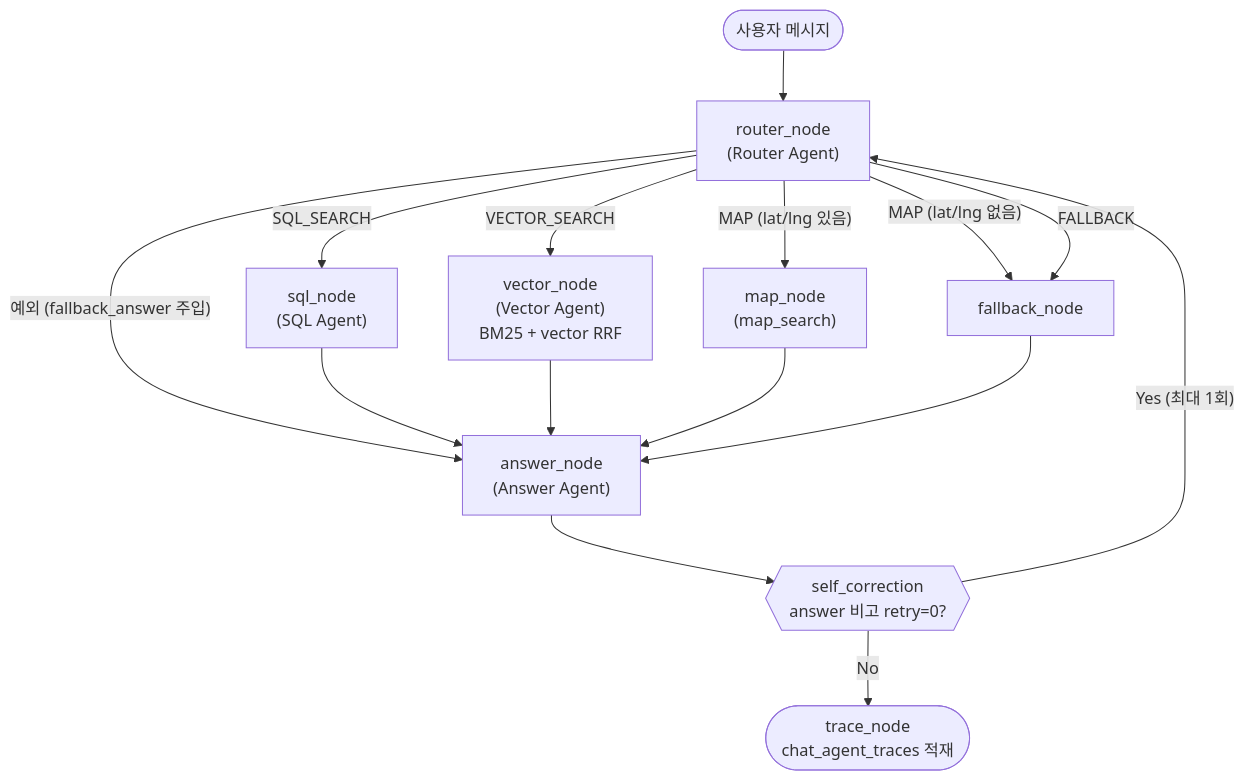
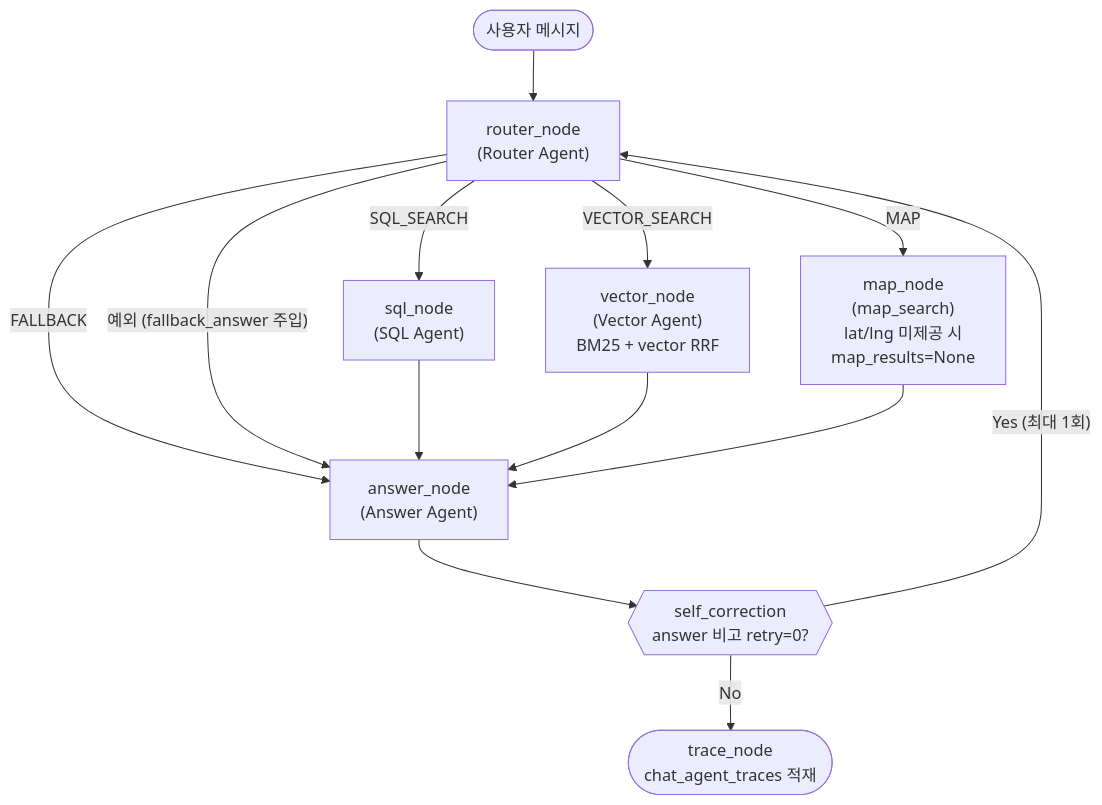
One commit to f-lab-edu/on-seoul changed the diagram in on-seoul-agent/docs/ai-agent-design.md. Above: the diagram before and after it, drawn with Mermaid. The commit also changed other lines of this file, not shown here.

Commit message:
docs(ai-agent-design): fallback_node 제거 및 MAP 라우팅 실제 구현 반영
graph.py에 fallback_node가 존재하지 않으므로 다이어그램에서 제거.
- FALLBACK intent → answer_node 직접 라우팅
- MAP intent는 lat/lng 유무와 무관하게 항상 map_node로 진행
- lat/lng 미제공 시 map_node 내부에서 map_results=None 반환 후 answer_node 진행

다이어그램, 7-1 조건부 엣지 표, 8-2 fallback 정책 표를 일관되게 수정.

````diff
--- a/on-seoul-agent/docs/ai-agent-design.md
+++ b/on-seoul-agent/docs/ai-agent-design.md
@@ -21,29 +21,26 @@
 ```mermaid
 flowchart TD
     START(["사용자 메시지"])
     ROUTER["router_node<br/>(Router Agent)"]
     SQL["sql_node<br/>(SQL Agent)"]
     VECTOR["vector_node<br/>(Vector Agent)<br/>BM25 + vector RRF"]
-    MAP["map_node<br/>(map_search)"]
-    FALLBACK["fallback_node"]
+    MAP["map_node<br/>(map_search)<br/>lat/lng 미제공 시<br/>map_results=None"]
     ANSWER["answer_node<br/>(Answer Agent)"]
     SELF_CORR{{"self_correction<br/>answer 비고 retry=0?"}}
     TRACE(["trace_node<br/>chat_agent_traces 적재"])
 
     START --> ROUTER
     ROUTER -- "SQL_SEARCH" --> SQL
     ROUTER -- "VECTOR_SEARCH" --> VECTOR
-    ROUTER -- "MAP (lat/lng 있음)" --> MAP
-    ROUTER -- "MAP (lat/lng 없음)" --> FALLBACK
-    ROUTER -- "FALLBACK" --> FALLBACK
+    ROUTER -- "MAP" --> MAP
+    ROUTER -- "FALLBACK" --> ANSWER
     ROUTER -- "예외 (fallback_answer 주입)" --> ANSWER
 
     SQL --> ANSWER
     VECTOR --> ANSWER
     MAP --> ANSWER
-    FALLBACK --> ANSWER
 
     ANSWER --> SELF_CORR
     SELF_CORR -- "Yes (최대 1회)" --> ROUTER
     SELF_CORR -- "No" --> TRACE
 ```
````
